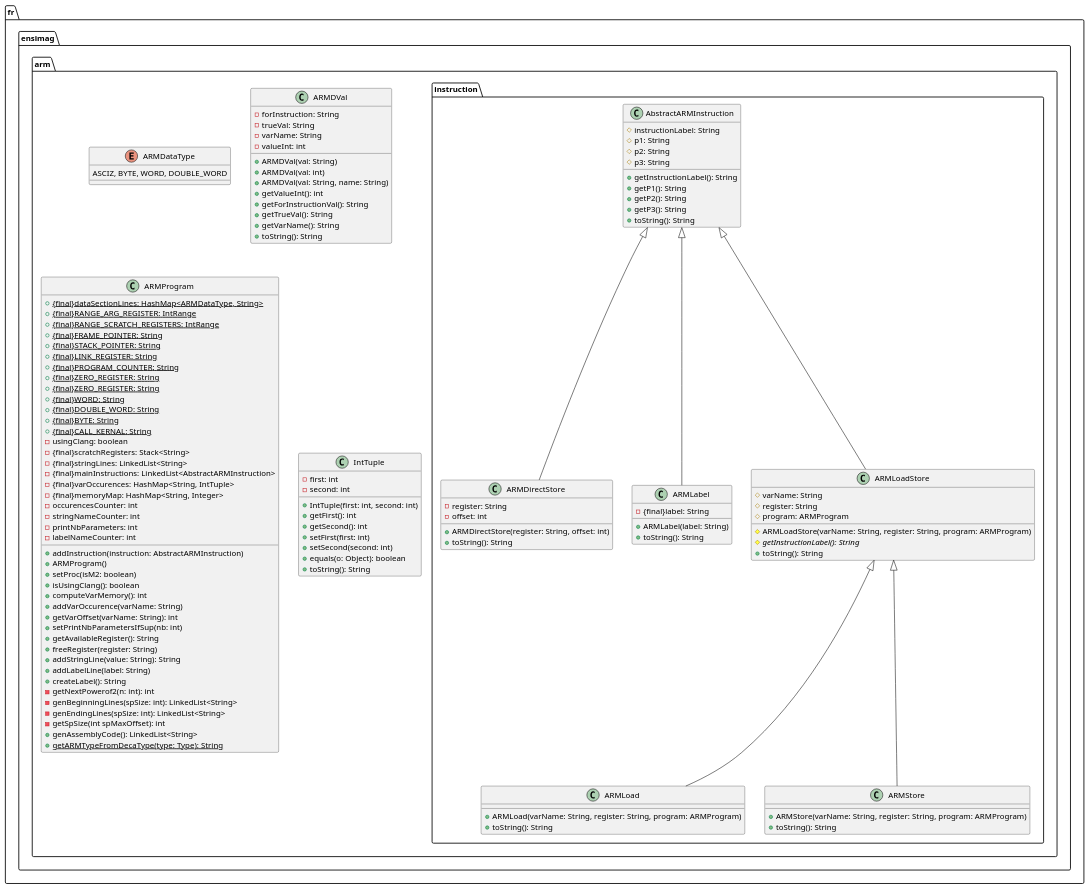
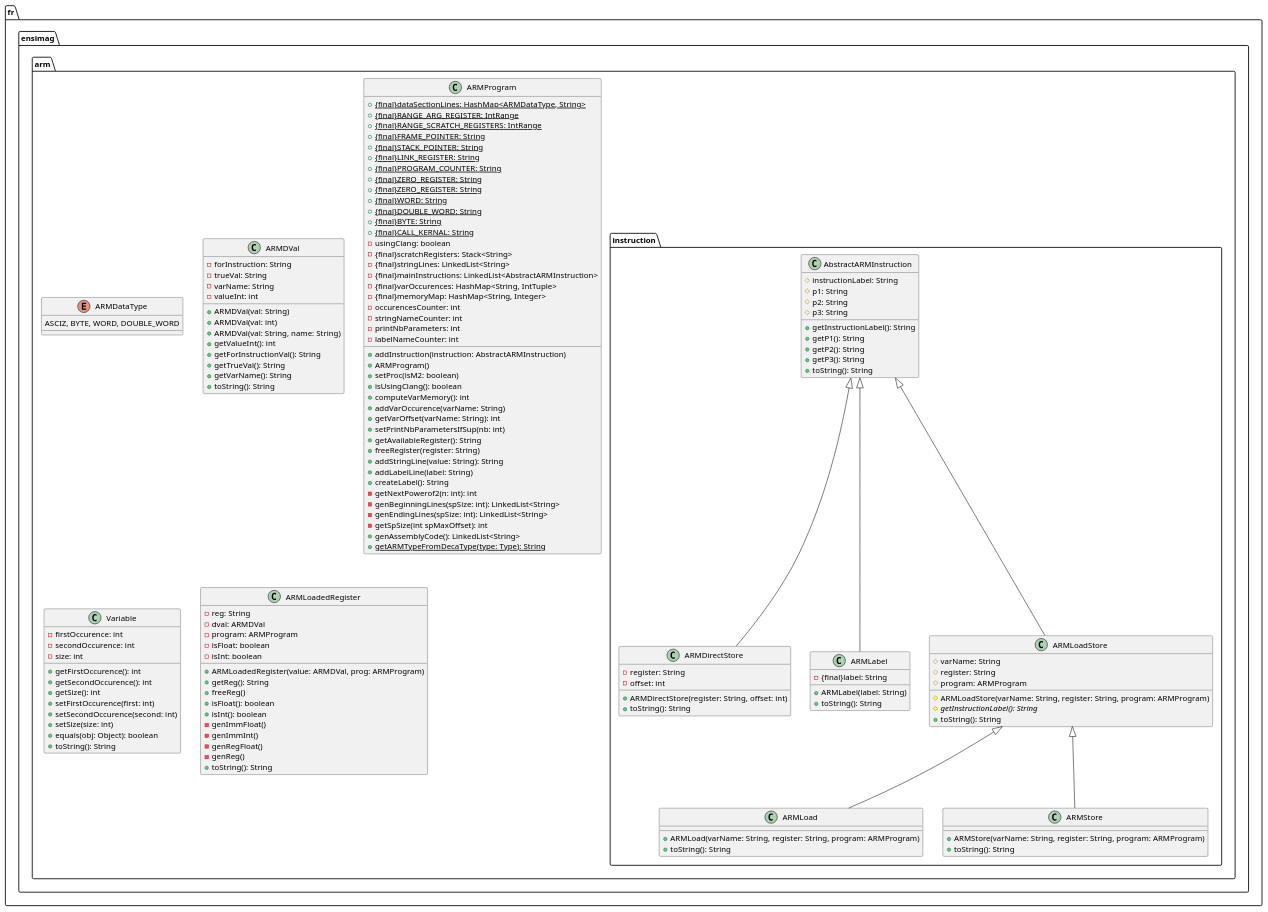
Before and after one commit to baptleduc/decac_compiler: the diagram in arm/uml/uml_diagram.puml, drawn with PlantUML.

Commit message:
doc: complete uml

```diff
--- a/arm/uml/uml_diagram.puml
+++ b/arm/uml/uml_diagram.puml
@@ -1,139 +1,161 @@
 @startuml
 
 package fr.ensimag.arm.instruction{
     class AbstractARMInstruction{
         #instructionLabel: String
         #p1: String
         #p2: String
         #p3: String
 
         +getInstructionLabel(): String
         +getP1(): String
         +getP2(): String
         +getP3(): String
         +toString(): String
     }
 
     class ARMDirectStore{
         -register: String
         -offset: int 
         
         +ARMDirectStore(register: String, offset: int)
         +toString(): String
     }
 
     class ARMLabel{
         -{final}label: String
         
         +ARMLabel(label: String)
         +toString(): String
     }
 
     class ARMLoadStore{
         #varName: String
         #register: String
         #program: ARMProgram
 
         #ARMLoadStore(varName: String, register: String, program: ARMProgram)
         #{abstract}getInstructionLabel(): String
         +toString(): String
     }
 
     class ARMLoad{
         +ARMLoad(varName: String, register: String, program: ARMProgram)
         +toString(): String
     }
 
     class ARMStore{
         +ARMStore(varName: String, register: String, program: ARMProgram)
         +toString(): String
     }
 
     AbstractARMInstruction <|-- ARMDirectStore
     AbstractARMInstruction <|-- ARMLabel
     AbstractARMInstruction <|-- ARMLoadStore
     ARMLoadStore <|-- ARMLoad
     ARMLoadStore <|-- ARMStore
 }
 
 package fr.ensimag.arm{
     enum ARMDataType{
         ASCIZ, BYTE, WORD, DOUBLE_WORD
     }
 
     class ARMDVal{
         -forInstruction: String
         -trueVal: String
         -varName: String
         -valueInt: int
 
         +ARMDVal(val: String)
         +ARMDVal(val: int)
         +ARMDVal(val: String, name: String)
         +getValueInt(): int
         +getForInstructionVal(): String
         +getTrueVal(): String
         +getVarName(): String
         +toString(): String
     }
 
     class ARMProgram{
         +{static}{final}dataSectionLines: HashMap<ARMDataType, String>
         +{static}{final}RANGE_ARG_REGISTER: IntRange
         +{static}{final}RANGE_SCRATCH_REGISTERS: IntRange
         +{static}{final}FRAME_POINTER: String
         +{static}{final}STACK_POINTER: String
         +{static}{final}LINK_REGISTER: String
         +{static}{final}PROGRAM_COUNTER: String
         +{static}{final}ZERO_REGISTER: String
         +{static}{final}ZERO_REGISTER: String
         +{static}{final}WORD: String
         +{static}{final}DOUBLE_WORD: String
         +{static}{final}BYTE: String
         +{static}{final}CALL_KERNAL: String
         -usingClang: boolean
         -{final}scratchRegisters: Stack<String>
         -{final}stringLines: LinkedList<String>
         -{final}mainInstructions: LinkedList<AbstractARMInstruction>
         -{final}varOccurences: HashMap<String, IntTuple>
         -{final}memoryMap: HashMap<String, Integer>
         -occurencesCounter: int
         -stringNameCounter: int
         -printNbParameters: int
         -labelNameCounter: int
 
         +addInstruction(instruction: AbstractARMInstruction)
         +ARMProgram()
         +setProc(isM2: boolean)
         +isUsingClang(): boolean
         +computeVarMemory(): int
         +addVarOccurence(varName: String)
         +getVarOffset(varName: String): int
         +setPrintNbParametersIfSup(nb: int)
         +getAvailableRegister(): String
         +freeRegister(register: String)
         +addStringLine(value: String): String
         +addLabelLine(label: String)
         +createLabel(): String
         -getNextPowerof2(n: int): int
         -genBeginningLines(spSize: int): LinkedList<String>
         -genEndingLines(spSize: int): LinkedList<String>
         -getSpSize(int spMaxOffset): int
         +genAssemblyCode(): LinkedList<String>
         +{static}getARMTypeFromDecaType(type: Type): String
     }
 
-    class IntTuple{
-        -first: int
-        -second: int
+    class Variable{
+        -firstOccurence: int
+        -secondOccurence: int
+        -size: int
 
-        +IntTuple(first: int, second: int)
-        +getFirst(): int
-        +getSecond(): int
-        +setFirst(first: int)
-        +setSecond(second: int)
-        +equals(o: Object): boolean
+        +getFirstOccurence(): int
+        +getSecondOccurence(): int
+        +getSize(): int
+        +setFirstOccurence(first: int)
+        +setSecondOccurence(second: int)
+        +setSize(size: int)
+        +equals(obj: Object): boolean
         +toString(): String
+    }
+
+    class ARMLoadedRegister{
+        -reg: String
+        -dval: ARMDVal
+        -program: ARMProgram
+        -isFloat: boolean
+        -isInt: boolean
+
+        +ARMLoadedRegister(value: ARMDVal, prog: ARMProgram)
+        +getReg(): String
+        +freeReg()
+        +isFloat(): boolean
+        +isInt(): boolean
+        -genImmFloat()
+        -genImmInt()
+        -genRegFloat()
+        -genReg()
+        +toString(): String
+        
     }
 }
 @enduml
```
